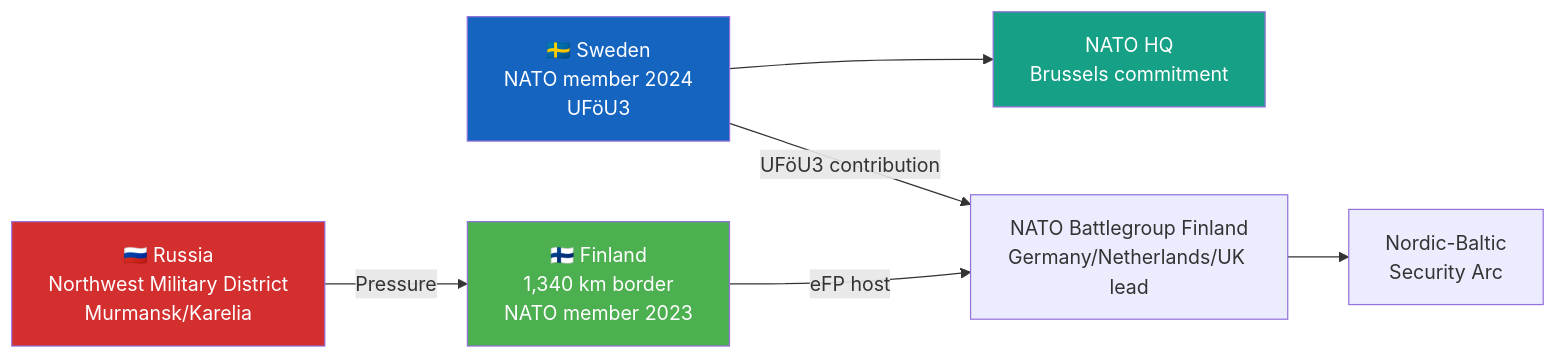
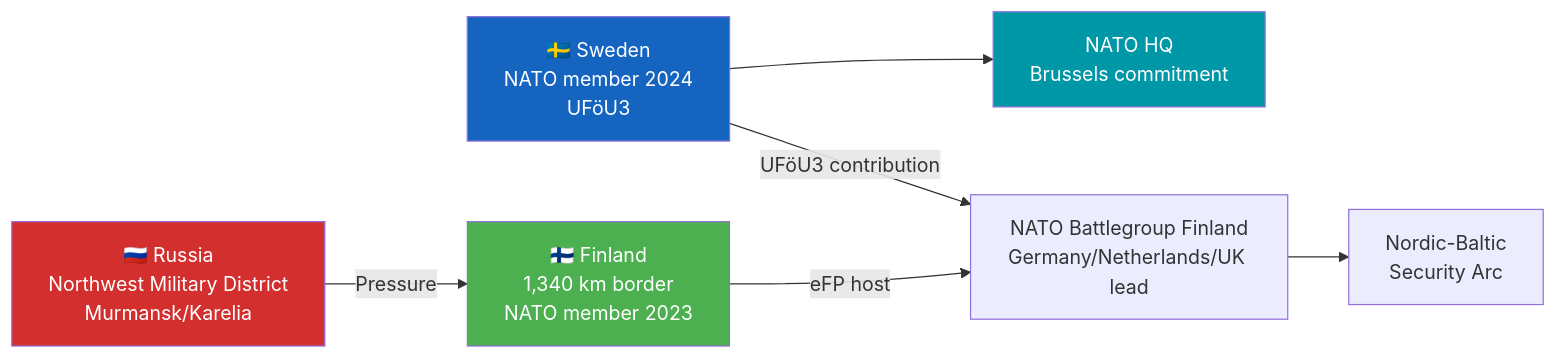
The diagram in analysis/daily/2026-04-17/committeeReports/documents/HD01UFöU3-analysis.md (Hack23/riksdagsmonitor), drawn with Mermaid before and after one commit. The commit also changed 121 other files, not shown here.

````diff
--- a/analysis/daily/2026-04-17/committeeReports/documents/HD01UFöU3-analysis.md
+++ b/analysis/daily/2026-04-17/committeeReports/documents/HD01UFöU3-analysis.md
@@ -27,13 +27,13 @@
 ```mermaid
 graph LR
     style RUSSIA fill:#D32F2F,color:#FFFFFF
     style SWEDEN fill:#1565C0,color:#FFFFFF
     style FINLAND fill:#4CAF50,color:#FFFFFF
-    style NATO fill:#16a085,color:#FFFFFF
+    style NATO fill:#0097A7,color:#FFFFFF
 
     RUSSIA[🇷🇺 Russia<br/>Northwest Military District<br/>Murmansk/Karelia] -- "Pressure" --> FINLAND[🇫🇮 Finland<br/>1,340 km border<br/>NATO member 2023]
     FINLAND -- "eFP host" --> NATO_FIN[NATO Battlegroup Finland<br/>Germany/Netherlands/UK lead]
     SWEDEN -- "UFöU3 contribution" --> NATO_FIN
     SWEDEN[🇸🇪 Sweden<br/>NATO member 2024<br/>UFöU3] --> NATO[NATO HQ<br/>Brussels commitment]
     NATO_FIN --> DEFENCE[Nordic-Baltic<br/>Security Arc]
 ```
````
